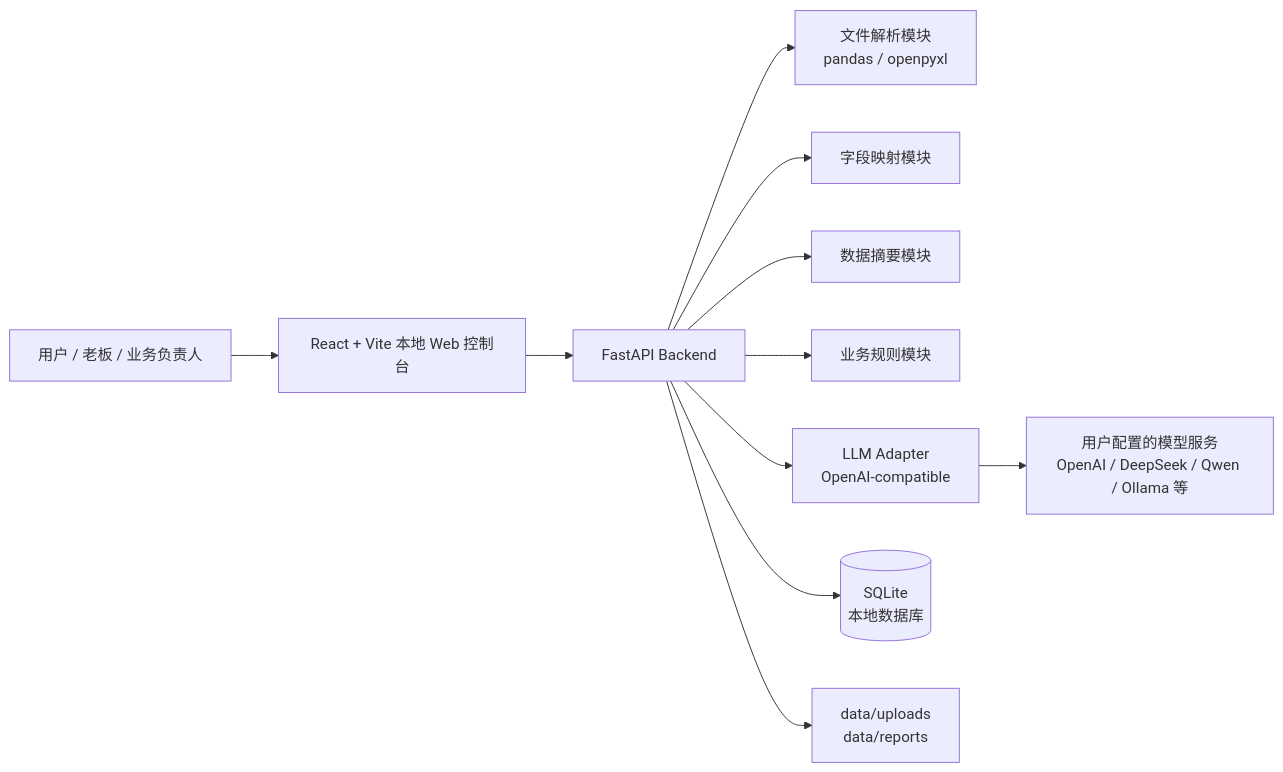
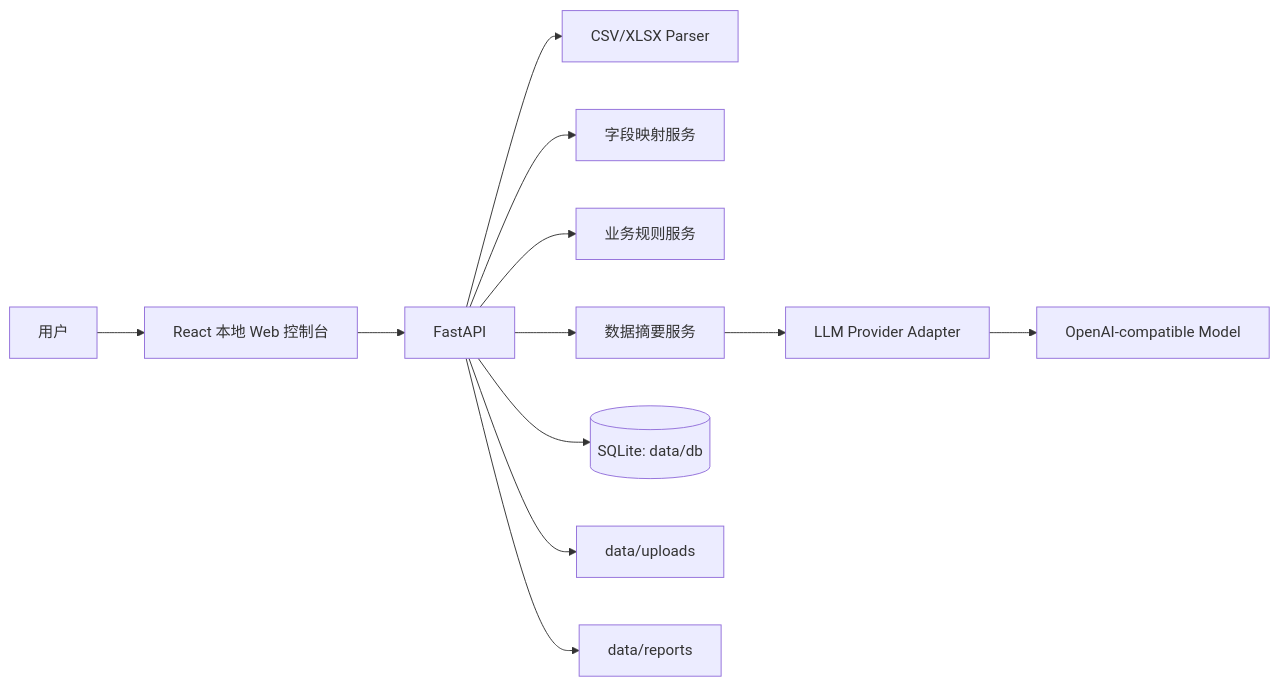
The diagram in docs/ARCHITECTURE.md (hc17604/gyutron-local-business-agent), drawn with Mermaid before and after one commit. The commit also changed other lines of this file and 37 other files, not shown here.

````diff
--- a/docs/ARCHITECTURE.md
+++ b/docs/ARCHITECTURE.md
@@ -17,13 +73,14 @@
 ```mermaid
 flowchart LR
-  User["用户 / 老板 / 业务负责人"] --> Web["React + Vite 本地 Web 控制台"]
-  Web --> API["FastAPI Backend"]
-  API --> Parser["文件解析模块<br/>pandas / openpyxl"]
-  API --> Mapping["字段映射模块"]
-  API --> Summary["数据摘要模块"]
-  API --> Rules["业务规则模块"]
-  API --> LLM["LLM Adapter<br/>OpenAI-compatible"]
-  API --> DB[("SQLite<br/>本地数据库")]
-  API --> Files["data/uploads<br/>data/reports"]
-  LLM --> Provider["用户配置的模型服务<br/>OpenAI / DeepSeek / Qwen / Ollama 等"]
+  User["用户"] --> Web["React 本地 Web 控制台"]
+  Web --> API["FastAPI"]
+  API --> Parser["CSV/XLSX Parser"]
+  API --> Mapping["字段映射服务"]
+  API --> Rules["业务规则服务"]
+  API --> Summary["数据摘要服务"]
+  Summary --> LLM["LLM Provider Adapter"]
+  LLM --> Provider["OpenAI-compatible Model"]
+  API --> DB[("SQLite: data/db")]
+  API --> Uploads["data/uploads"]
+  API --> Reports["data/reports"]
 ```
````
